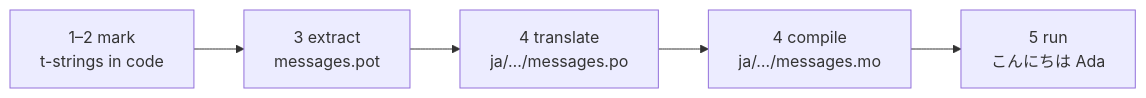
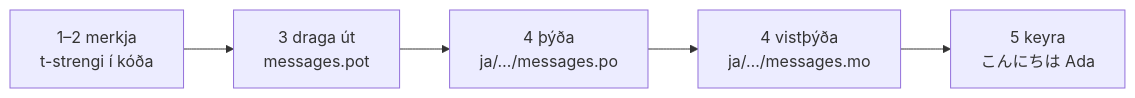
One commit to yhay81/gettext-tstrings changed the diagram in i18n/is/docs/tutorial.md. Above: the diagram before and after it, drawn with Mermaid. The commit also changed other lines of this file and 181 other files, not shown here.

````diff
--- a/i18n/is/docs/tutorial.md
+++ b/i18n/is/docs/tutorial.md
@@ -160,7 +162,7 @@
 ```mermaid
 flowchart LR
-  mark["1–2 mark<br>t-strings in code"] --> extract["3 extract<br>messages.pot"]
-  extract --> translate["4 translate<br>ja/…/messages.po"]
-  translate --> compile["4 compile<br>ja/…/messages.mo"]
-  compile --> run["5 run<br>こんにちは Ada"]
+  mark["1–2 merkja<br>t-strengi í kóða"] --> extract["3 draga út<br>messages.pot"]
+  extract --> translate["4 þýða<br>ja/…/messages.po"]
+  translate --> compile["4 vistþýða<br>ja/…/messages.mo"]
+  compile --> run["5 keyra<br>こんにちは Ada"]
 ```
````
